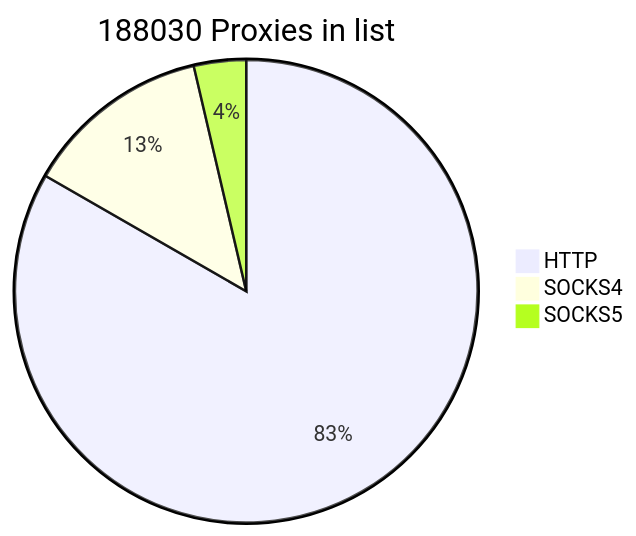
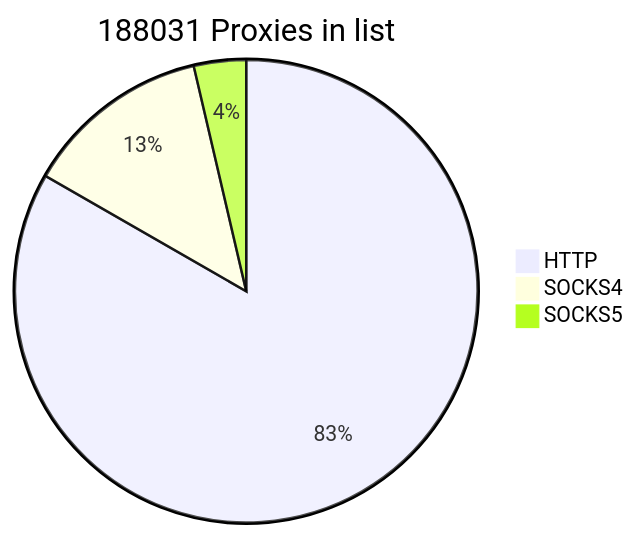
One commit to cutipu/proxylist changed the first of 2 diagrams in README.md. Above: the diagram before and after it, drawn with Mermaid. The commit also changed other lines of this file, not shown here.

````diff
--- a/README.md
+++ b/README.md
@@ -2,7 +2,7 @@
 ```mermaid
-pie title 188030 Proxies in list
+pie title 188031 Proxies in list
     "HTTP" : 156630
     "SOCKS4" : 24541
-    "SOCKS5" : 6859
+    "SOCKS5" : 6860
             
 ```
````
